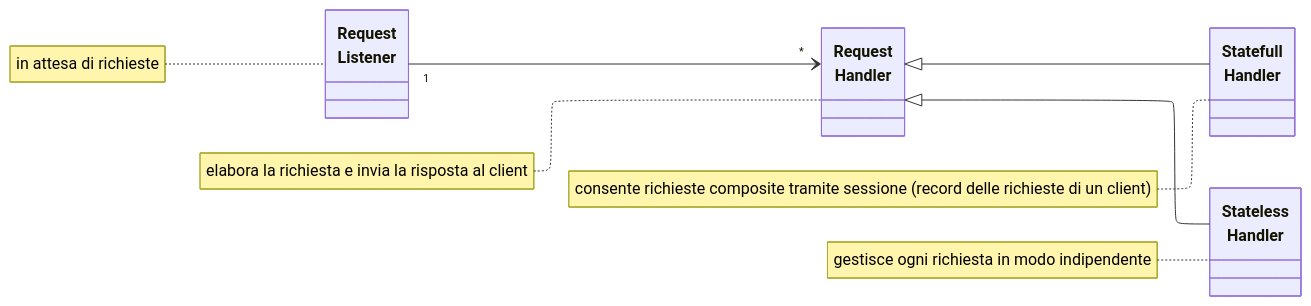
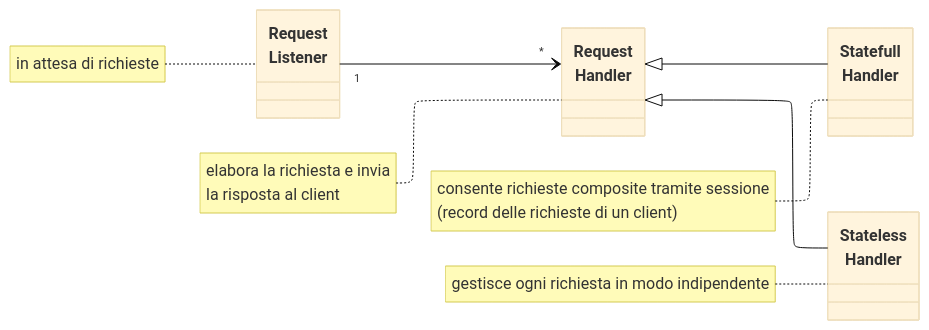
The seventh of 9 diagrams in docs/progettazione.md (Firi0n/appunti-software-engineering), drawn with Mermaid before and after one commit. The commit also changed other lines of this file and 2 other files, not shown here.

Commit message:
fix diagrams and addnother diagrams

````diff
--- a/docs/progettazione.md
+++ b/docs/progettazione.md
@@ -169,19 +165,22 @@
 ```mermaid
 ---
 config:
   layout: elk
+  theme: "base"
+  themeVariables:
+    noteBkgColor: "#fff45669"
 ---
 classDiagram
 direction LR
     class RH["Request<br>Handler"]
-    note for RH "elabora la richiesta e invia la risposta al client"
+    note for RH "elabora la richiesta e invia<br>la risposta al client"
     class SfH["Statefull<br>Handler"]
-    note for SfH "consente richieste composite tramite sessione (record delle richieste di un client)"
+    note for SfH "consente richieste composite tramite sessione<br>(record delle richieste di un client)"
     class SlH["Stateless<br>Handler"]
     note for SlH "gestisce ogni richiesta in modo indipendente"
     class RL["Request<br>Listener"]
     note for RL "in attesa di richieste"
     RL "1" --> "*" RH
     RH <|-- SfH
     RH <|-- SlH
 ```
````
